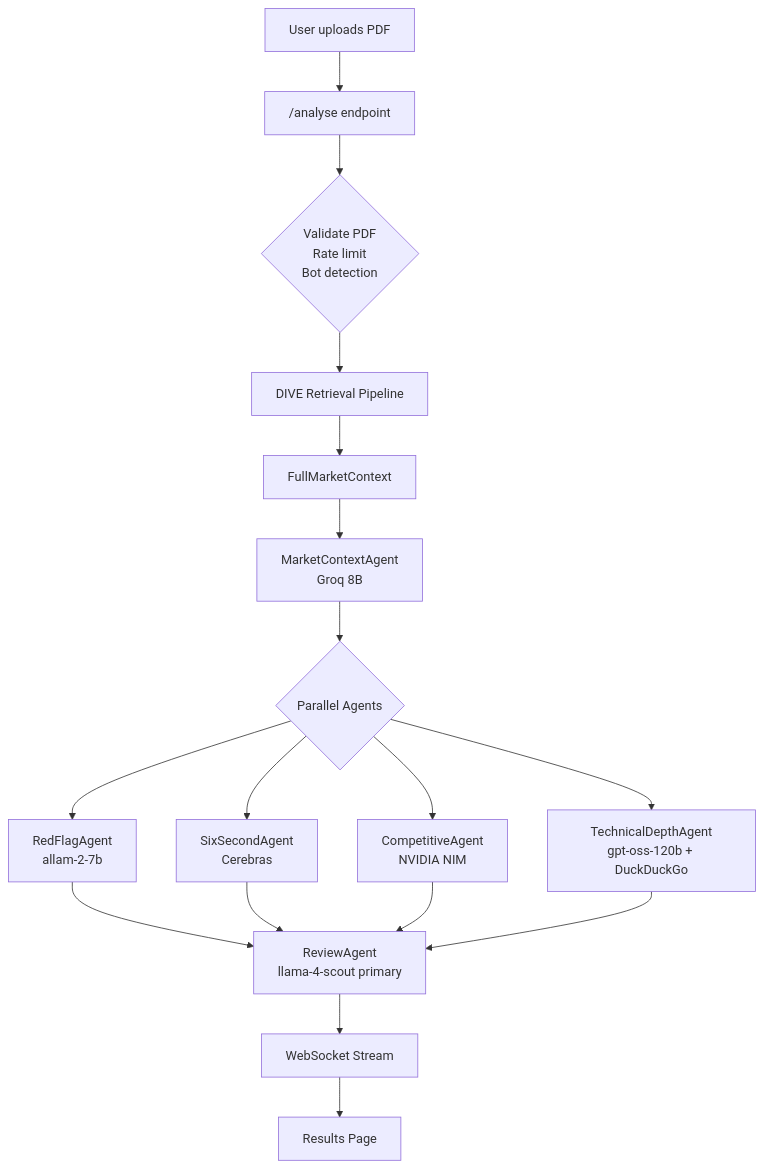
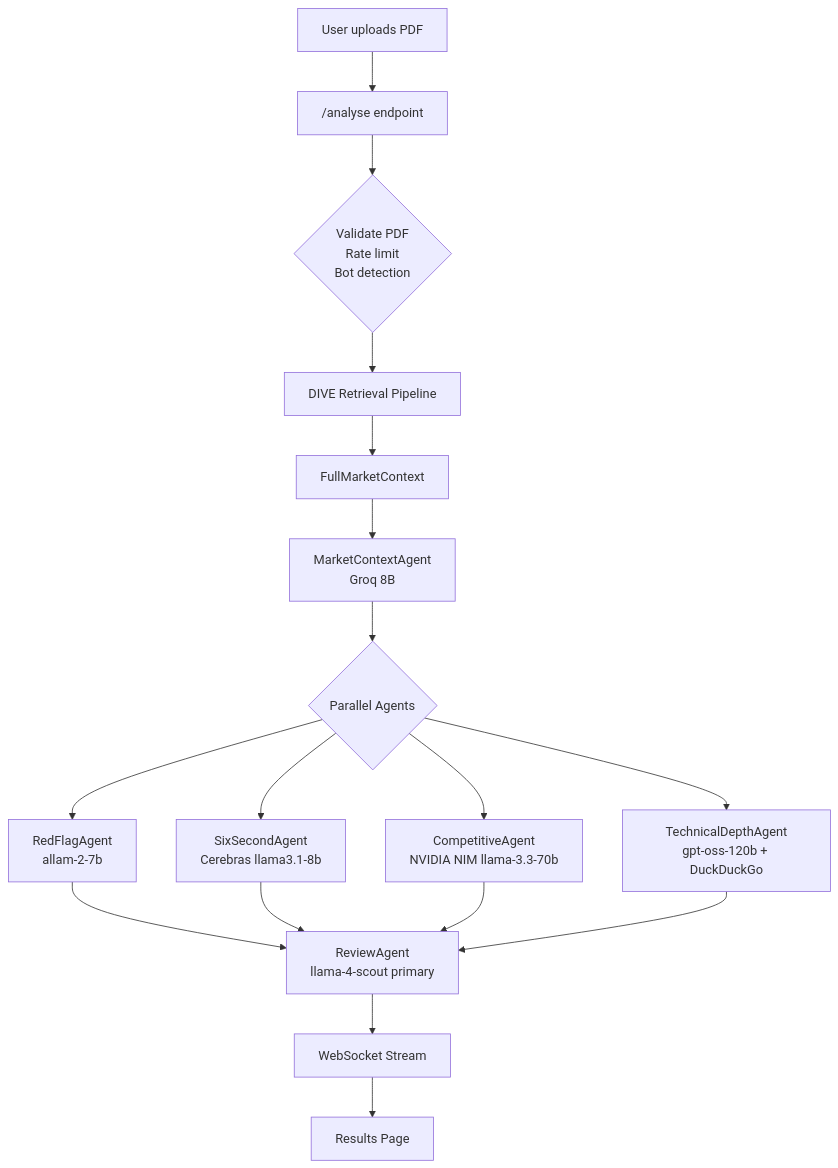
One commit to Sarv2024aimlco/roast changed the first of 4 diagrams in README.md. Above: the diagram before and after it, drawn with Mermaid. The commit also changed other lines of this file and 10 other files, not shown here.

````diff
--- a/README.md
+++ b/README.md
@@ -56,16 +56,16 @@
 ```mermaid
 flowchart TD
     A[User uploads PDF] --> B["/analyse endpoint"]
     B --> C{Validate PDF\nRate limit\nBot detection}
     C --> D[DIVE Retrieval Pipeline]
     D --> E[FullMarketContext]
     E --> G[MarketContextAgent\nGroq 8B]
     G --> H{Parallel Agents}
     H --> I[RedFlagAgent\nallam-2-7b]
-    H --> J[SixSecondAgent\nCerebras]
-    H --> K[CompetitiveAgent\nNVIDIA NIM]
+    H --> J[SixSecondAgent\nCerebras llama3.1-8b]
+    H --> K[CompetitiveAgent\nNVIDIA NIM llama-3.3-70b]
     H --> L[TechnicalDepthAgent\ngpt-oss-120b + DuckDuckGo]
     I & J & K & L --> M[ReviewAgent\nllama-4-scout primary]
     M --> N[WebSocket Stream]
     N --> O[Results Page]
 ```
````
